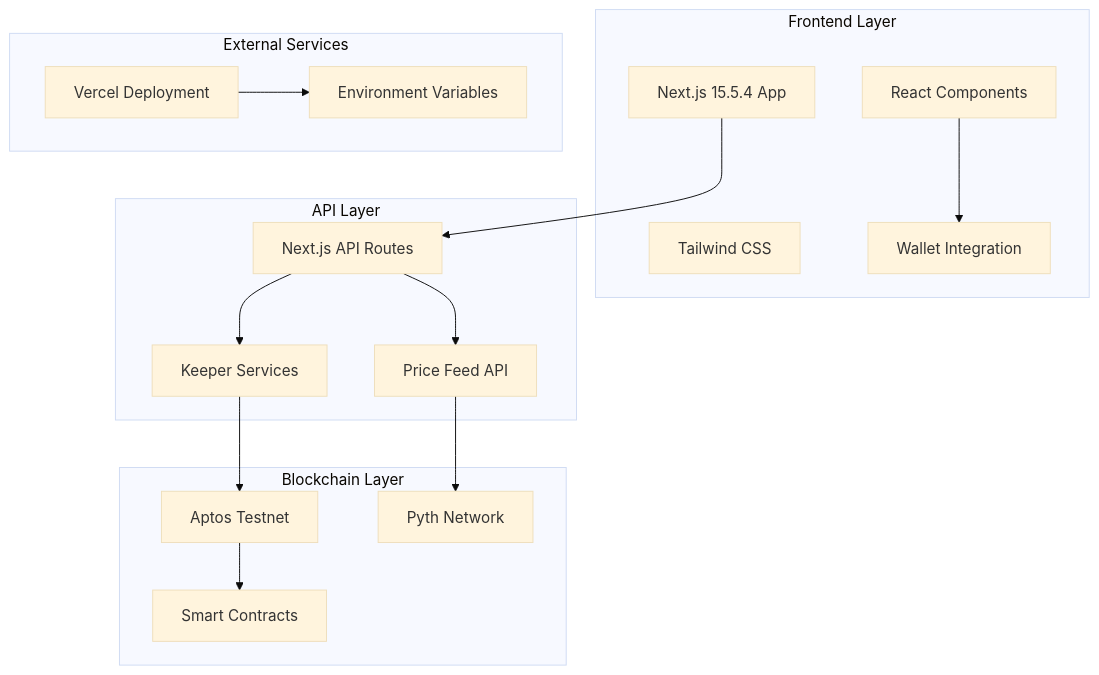
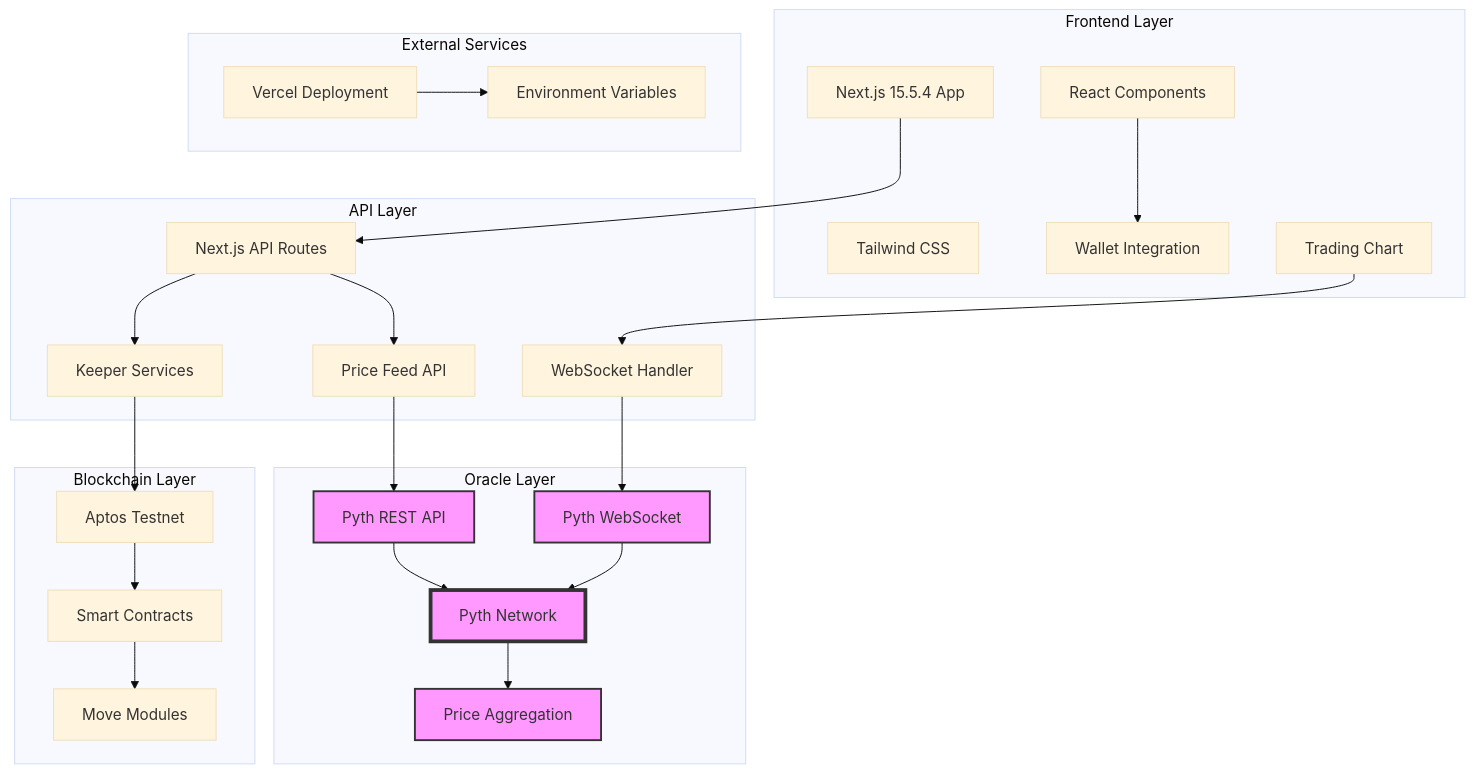
Before and after one commit to himanshuranjan007/Betly-pyth: the diagram in README.md, drawn with Mermaid (base theme). The commit also changed other lines of this file, not shown here.

Commit message:
pyth updated

````diff
--- a/README.md
+++ b/README.md
@@ -54,35 +54,55 @@
 ```mermaid
 graph TB
     subgraph "Frontend Layer"
         A[Next.js 15.5.4 App]
         B[React Components]
         C[Tailwind CSS]
         D[Wallet Integration]
+        E[Trading Chart]
     end
     
     subgraph "API Layer"
-        E[Next.js API Routes]
-        F[Keeper Services]
-        G[Price Feed API]
+        F[Next.js API Routes]
+        G[Keeper Services]
+        H[Price Feed API]
+        I[WebSocket Handler]
+    end
+    
+    subgraph "Oracle Layer"
+        J[Pyth Network]
+        K[Pyth REST API]
+        L[Pyth WebSocket]
+        M[Price Aggregation]
     end
     
     subgraph "Blockchain Layer"
-        H[Aptos Testnet]
-        I[Smart Contracts]
-        J[Pyth Network]
+        N[Aptos Testnet]
+        O[Smart Contracts]
+        P[Move Modules]
     end
     
     subgraph "External Services"
-        K[Vercel Deployment]
-        L[Environment Variables]
+        Q[Vercel Deployment]
+        R[Environment Variables]
     end
     
-    A --> E
+    A --> F
     B --> D
-    E --> F
-    E --> G
+    E --> I
+    F --> G
     F --> H
-    G --> J
-    H --> I
-    K --> L
+    G --> N
+    H --> K
+    I --> L
+    K --> J
+    L --> J
+    J --> M
+    N --> O
+    O --> P
+    Q --> R
+    
+    style J fill:#f9f,stroke:#333,stroke-width:4px
+    style K fill:#f9f,stroke:#333,stroke-width:2px
+    style L fill:#f9f,stroke:#333,stroke-width:2px
+    style M fill:#f9f,stroke:#333,stroke-width:2px
 ```
````
